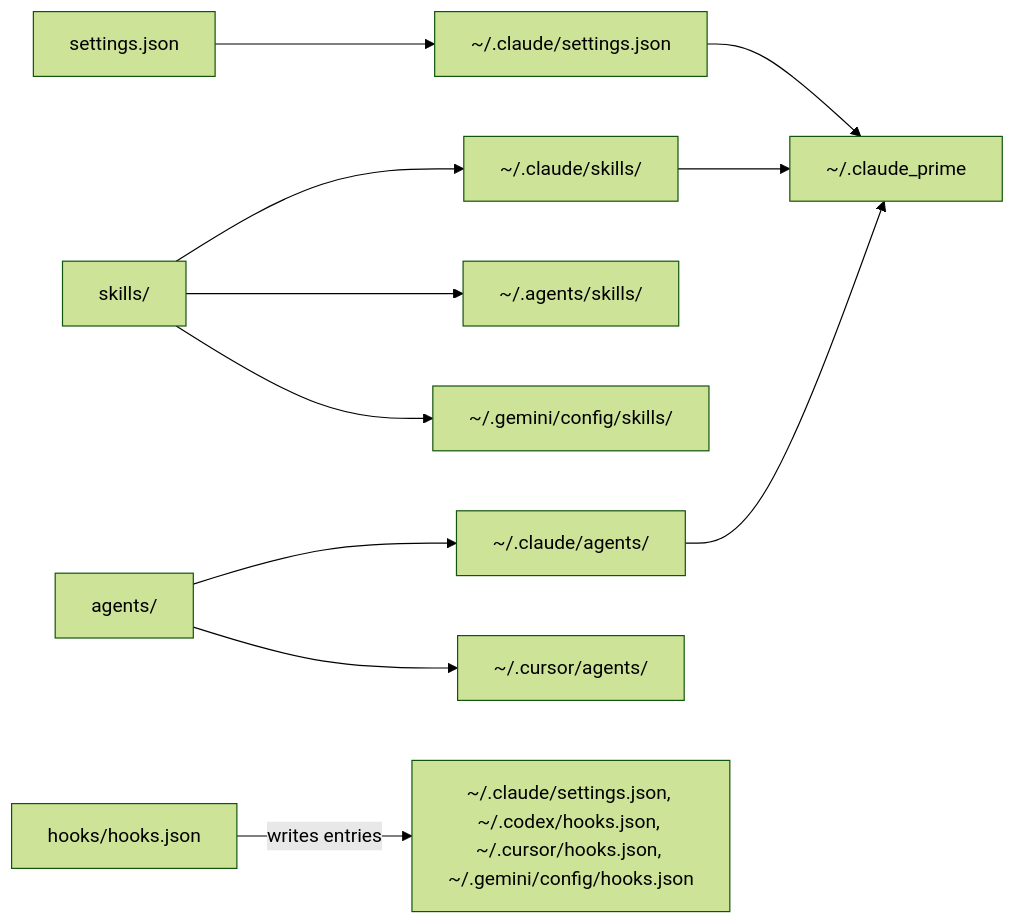
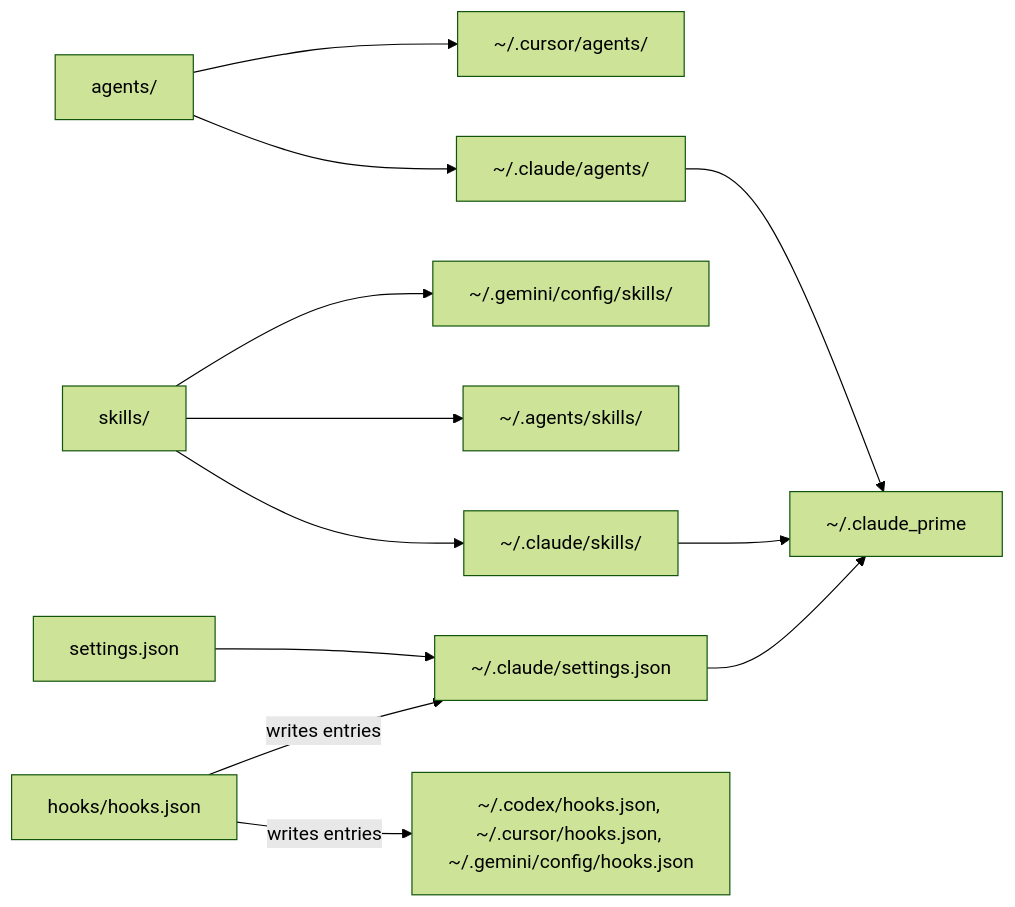
One commit to JoshuaHayesWasHere/jstack changed the diagram in wiki/Repository-layout.md. Above: the diagram before and after it, drawn with Mermaid (forest theme). The commit also changed 5 other files, not shown here.

Commit message:
Wiki diagrams match install, seat fallback and review-loop budget exactly

````diff
--- a/wiki/Repository-layout.md
+++ b/wiki/Repository-layout.md
@@ -38,13 +38,14 @@
 ```mermaid
 flowchart LR
-    settings["settings.json"] --> csettings["~/.claude/settings.json"]
     skills["skills/"] --> cskills["~/.claude/skills/"]
     skills --> askills["~/.agents/skills/"]
     skills --> gskills["~/.gemini/config/skills/"]
     agents["agents/"] --> cagents["~/.claude/agents/"]
     agents --> curagents["~/.cursor/agents/"]
-    hooks["hooks/hooks.json"] -->|writes entries| hookfiles["~/.claude/settings.json, ~/.codex/hooks.json, ~/.cursor/hooks.json, ~/.gemini/config/hooks.json"]
+    hooks["hooks/hooks.json"] -->|writes entries| hookfiles["~/.codex/hooks.json, ~/.cursor/hooks.json, ~/.gemini/config/hooks.json"]
+    hooks -->|writes entries| csettings["~/.claude/settings.json"]
+    settings["settings.json"] --> csettings
     csettings --> prime["~/.claude_prime"]
     cskills --> prime
     cagents --> prime
 ```
````
